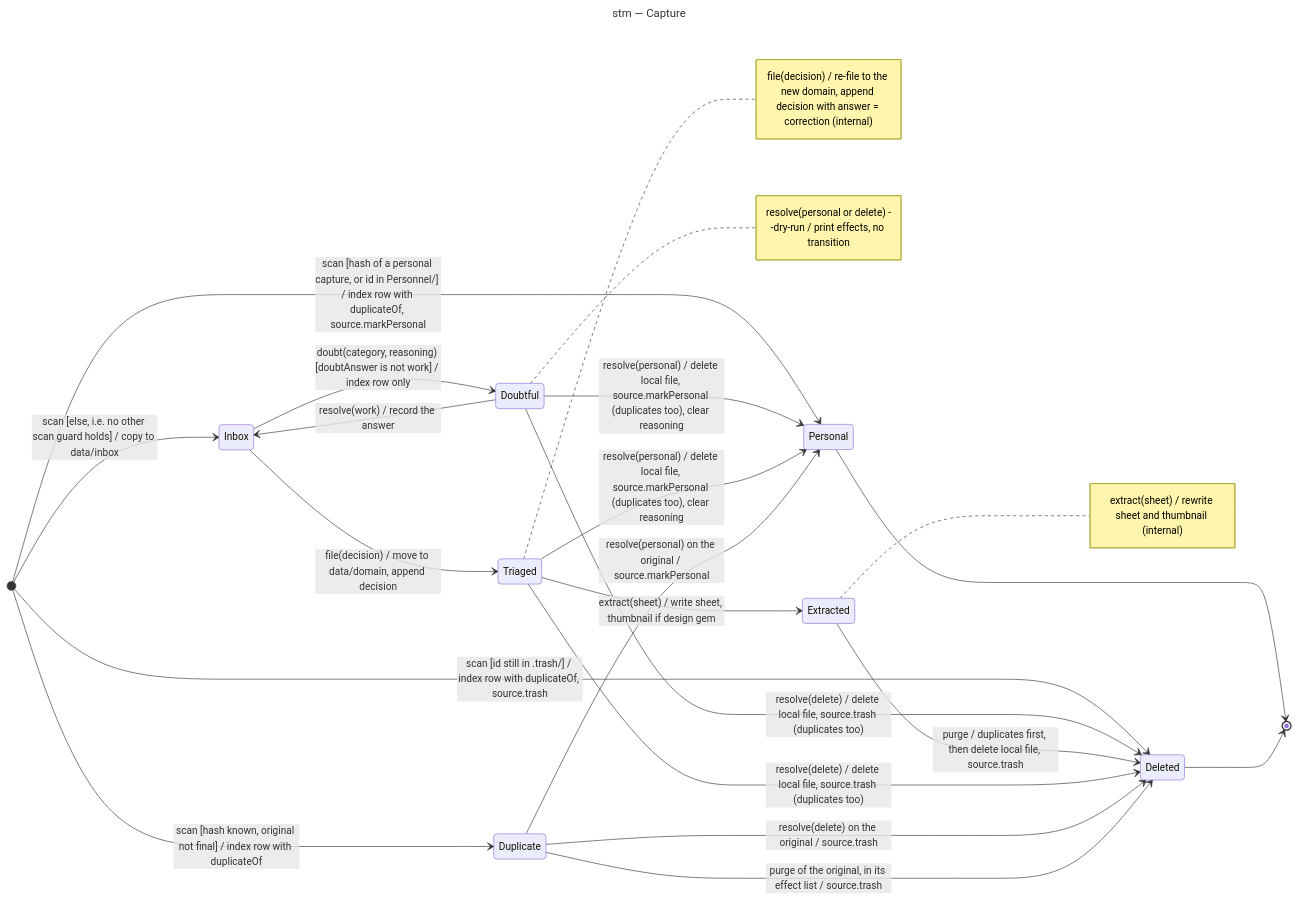
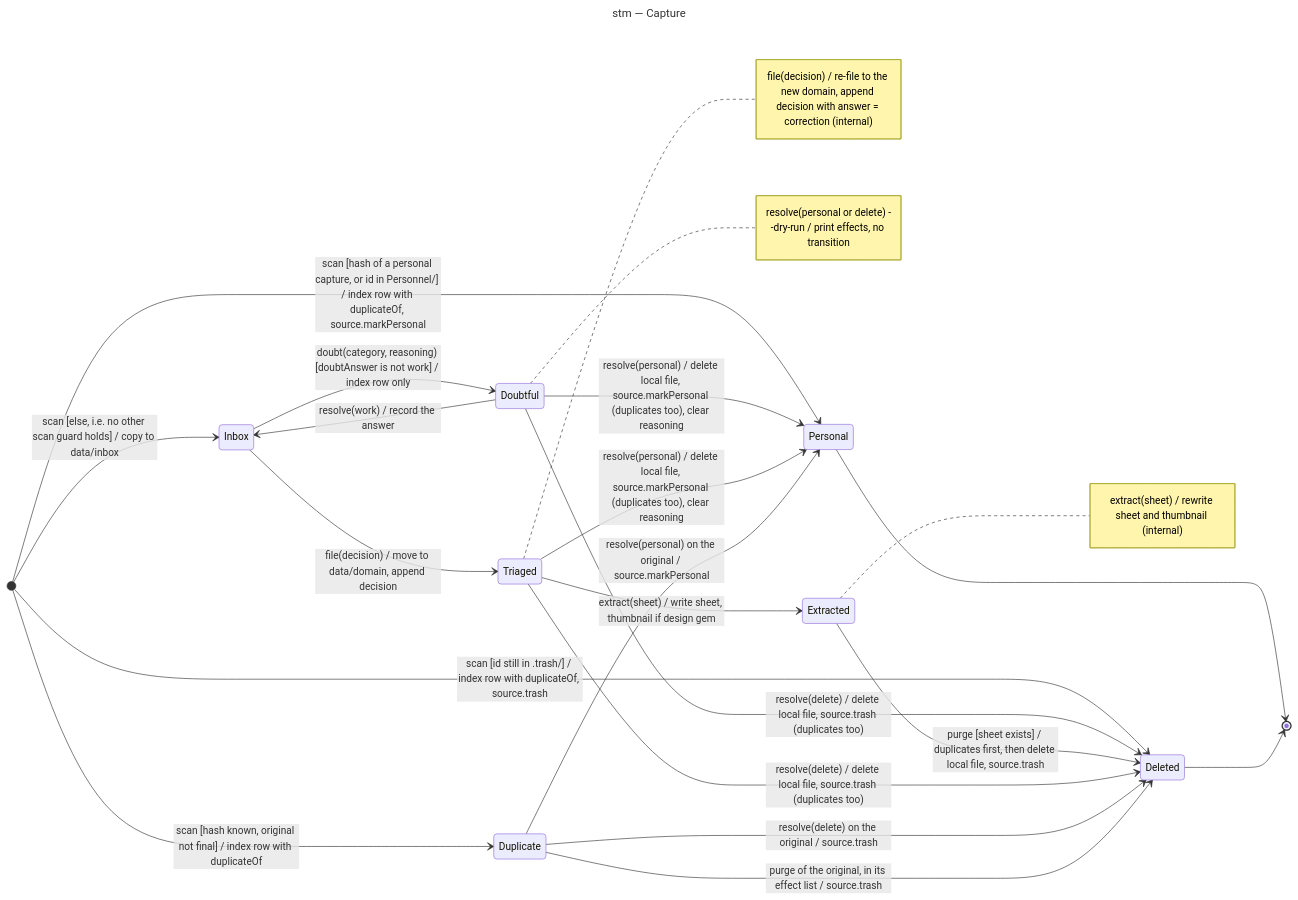
Before and after one commit to benoit-bremaud/screenshot-triage: the diagram in docs/architecture/diagrams/triage/05-state-capture.md, drawn with Mermaid. The commit also changed other lines of this file and 41 other files, not shown here.

````diff
--- a/docs/architecture/diagrams/triage/05-state-capture.md
+++ b/docs/architecture/diagrams/triage/05-state-capture.md
@@ -13,34 +13,34 @@
 ```mermaid
 ---
 title: stm — Capture
 ---
 stateDiagram-v2
   direction LR
   [*] --> Inbox: scan [else, i.e. no other scan guard holds] / copy to data/inbox
   [*] --> Duplicate: scan [hash known, original not final] / index row with duplicateOf
   [*] --> Personal: scan [hash of a personal capture, or id in Personnel/] / index row with duplicateOf, source.markPersonal
   [*] --> Deleted: scan [id still in .trash/] / index row with duplicateOf, source.trash
   Inbox --> Triaged: file(decision) / move to data/domain, append decision
   Inbox --> Doubtful: doubt(category, reasoning) [doubtAnswer is not work] / index row only
   Doubtful --> Inbox: resolve(work) / record the answer
   Doubtful --> Personal: resolve(personal) / delete local file, source.markPersonal (duplicates too), clear reasoning
   Doubtful --> Deleted: resolve(delete) / delete local file, source.trash (duplicates too)
   Triaged --> Extracted: extract(sheet) / write sheet, thumbnail if design gem
-  Extracted --> Deleted: purge / duplicates first, then delete local file, source.trash
+  Extracted --> Deleted: purge [sheet exists] / duplicates first, then delete local file, source.trash
   Triaged --> Personal: resolve(personal) / delete local file, source.markPersonal (duplicates too), clear reasoning
   Triaged --> Deleted: resolve(delete) / delete local file, source.trash (duplicates too)
   Duplicate --> Personal: resolve(personal) on the original / source.markPersonal
   Duplicate --> Deleted: resolve(delete) on the original / source.trash
   Duplicate --> Deleted: purge of the original, in its effect list / source.trash
   Personal --> [*]
   Deleted --> [*]
   note right of Triaged
     file(decision) / re-file to the new domain, append decision with answer = correction (internal)
   end note
   note right of Extracted
     extract(sheet) / rewrite sheet and thumbnail (internal)
   end note
   note right of Doubtful
     resolve(personal or delete) --dry-run / print effects, no transition
   end note
 ```
````
